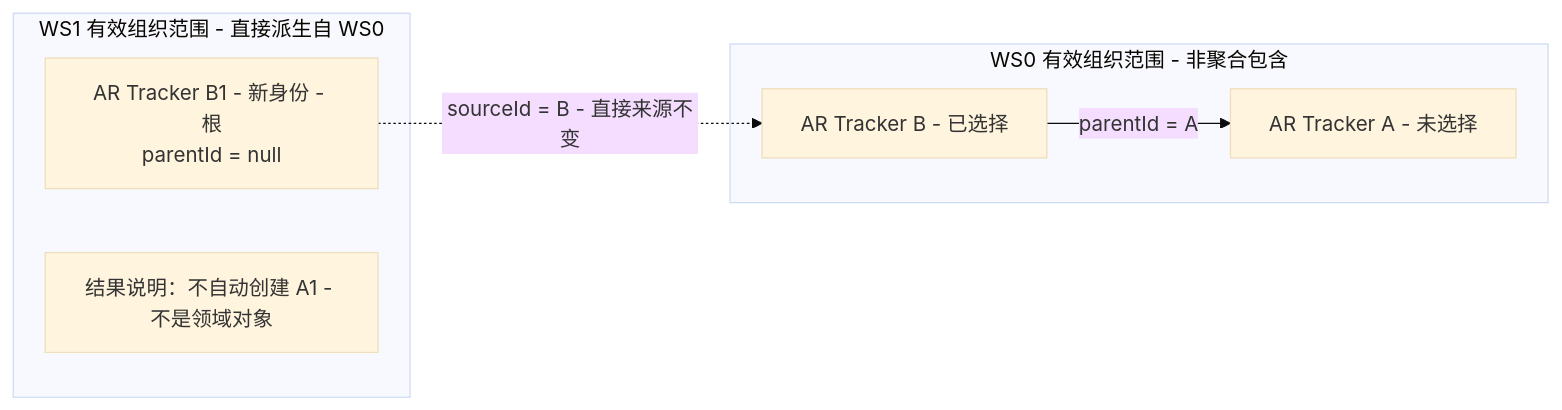
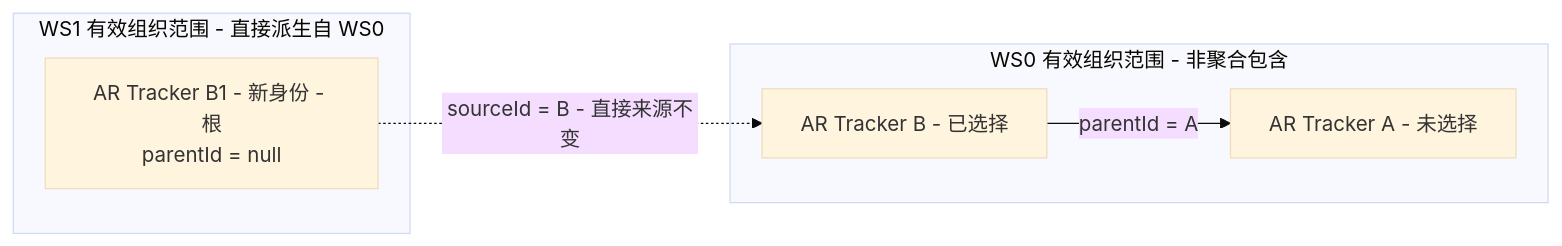
The second of 3 diagrams in docs/working-set/diagrams/tracker-dual-relations.md (Greytrack/ddd-workingset), drawn with Mermaid (base theme) before and after one commit. The commit also changed other lines of this file and 22 other files, not shown here.

````diff
--- a/docs/working-set/diagrams/tracker-dual-relations.md
+++ b/docs/working-set/diagrams/tracker-dual-relations.md
@@ -45,13 +45,12 @@
 ```mermaid
 flowchart LR
     subgraph SRC["WS0 有效组织范围 - 非聚合包含"]
         A["AR Tracker A - 未选择"]
         B["AR Tracker B - 已选择"]
         B -->|"parentId = A"| A
     end
     subgraph DST["WS1 有效组织范围 - 直接派生自 WS0"]
         B1["AR Tracker B1 - 新身份 - 根<br/>parentId = null"]
-        Result["结果说明：不自动创建 A1 - 不是领域对象"]
     end
     B1 -.->|"sourceId = B - 直接来源不变"| B
 ```
````
